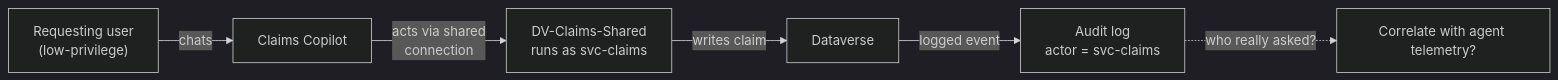
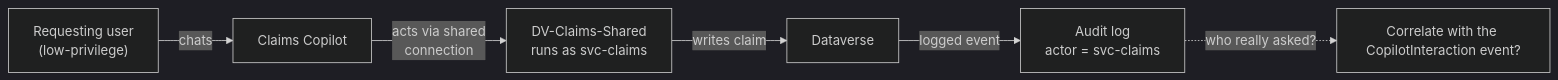
One commit to solliancenet/copilot-studio-shadow-agents-workshop changed the diagram in docs/05_test_the_controls/05_07.md. Above: the diagram before and after it, drawn with Mermaid (dark theme). The commit also changed other lines of this file and 1 other file, not shown here.

````diff
--- a/docs/05_test_the_controls/05_07.md
+++ b/docs/05_test_the_controls/05_07.md
@@ -99,8 +116,8 @@
 ```mermaid
 flowchart LR
   U["Requesting user<br/>(low-privilege)"] -->|chats| Ag["Claims Copilot"]
   Ag -->|acts via shared<br/>connection| Conn["DV-Claims-Shared<br/>runs as svc-claims"]
   Conn -->|writes claim| DV["Dataverse"]
   DV -->|logged event| Log["Audit log<br/>actor = svc-claims"]
-  Log -.->|who really asked?| Gap["Correlate with agent telemetry?"]
+  Log -.->|who really asked?| Gap["Correlate with the CopilotInteraction event?"]
 ```
````
